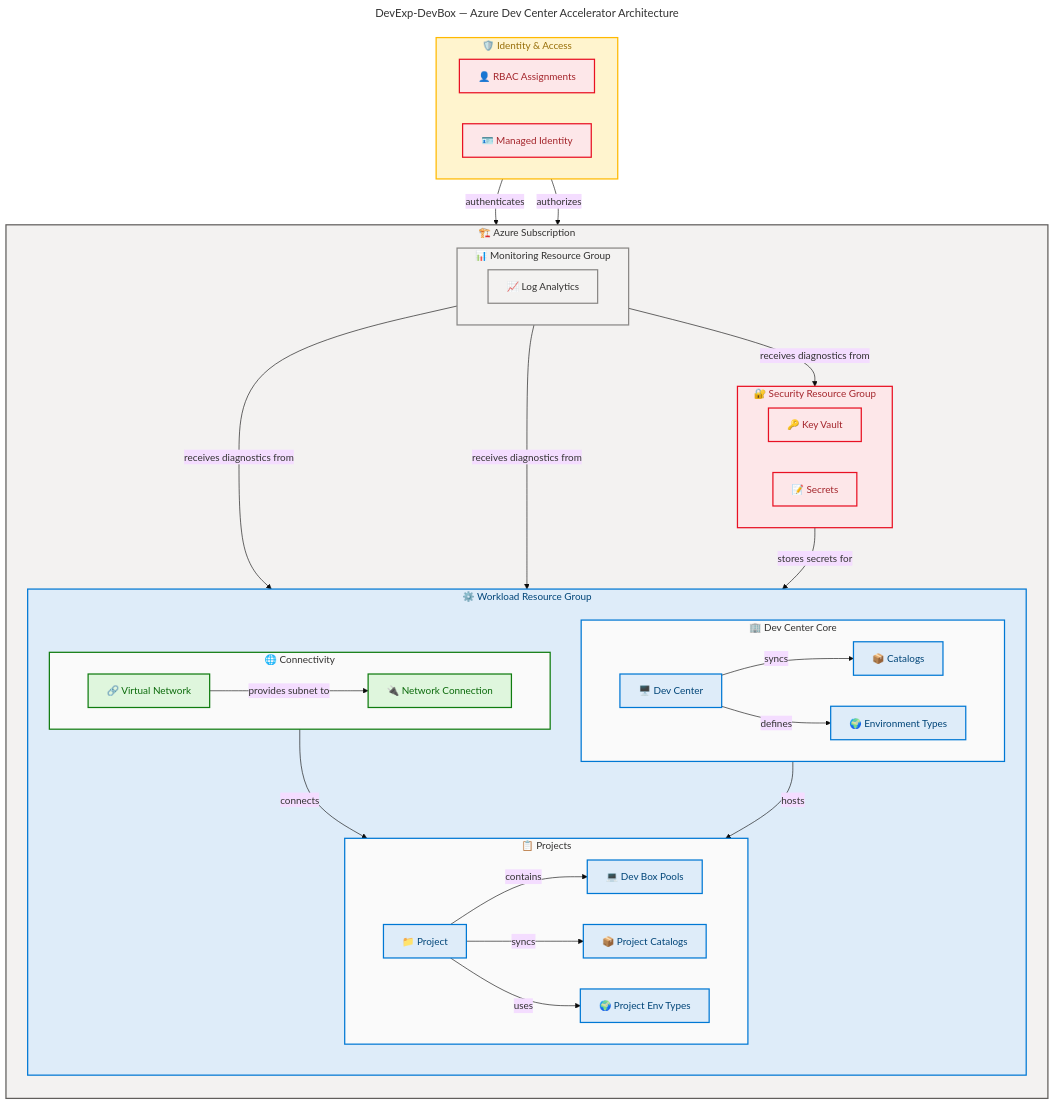
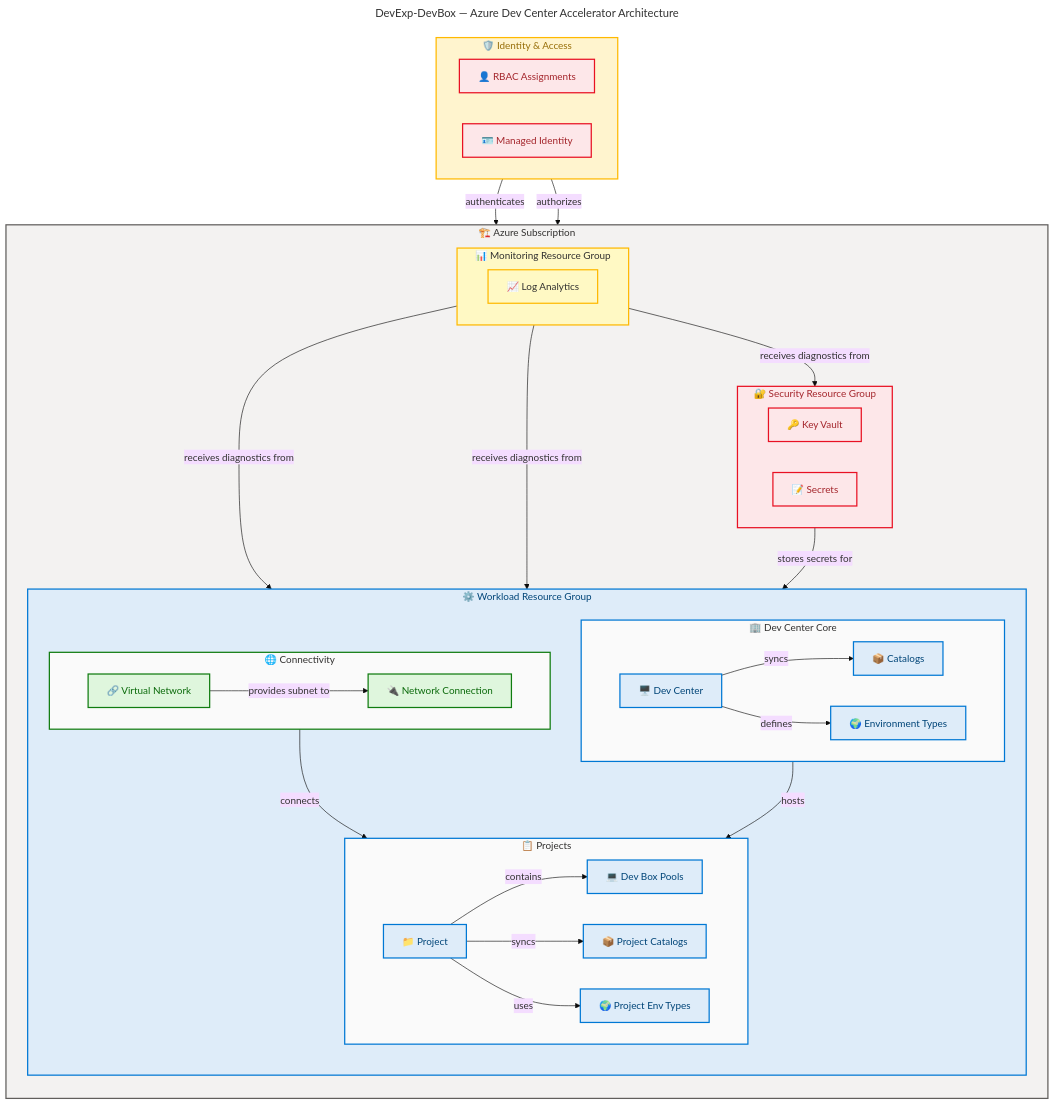
One commit to Evilazaro/DevExp-DevBox changed the diagram in README.md. Above: the diagram before and after it, drawn with Mermaid.

Commit message:
style: update flowchart colors for improved visibility and consistency

````diff
--- a/README.md
+++ b/README.md
@@ -84,10 +84,10 @@
     %% PHASE 5 - STANDARD: Governance block present, classDefs centralized
     %% ═══════════════════════════════════════════════════════════════════════════
     %% SEMANTIC COLOR LEGEND:
-    %%   core     (#DEECF9) — Dev Center & project resources
-    %%   security (#FDE7E9) — Key Vault, secrets, RBAC, identity
-    %%   monitoring (#F3F2F1) — Log Analytics, diagnostics
-    %%   network  (#DFF6DD) — VNet, network connections
+    %%   core       (#DEECF9) — Dev Center & project resources
+    %%   security   (#FDE7E9) — Key Vault, secrets, RBAC, identity
+    %%   monitoring (#FFF9C4) — Log Analytics, diagnostics
+    %%   network    (#DFF6DD) — VNet, network connections
     %% ═══════════════════════════════════════════════════════════════════════════
 
     subgraph platform["🏗️ Azure Subscription"]
@@ -156,7 +156,7 @@
     %% ============================================
     style platform fill:#F3F2F1,stroke:#605E5C,stroke-width:2px,color:#323130
     style securityRG fill:#FDE7E9,stroke:#E81123,stroke-width:2px,color:#A4262C
-    style monitoringRG fill:#F3F2F1,stroke:#8A8886,stroke-width:2px,color:#323130
+    style monitoringRG fill:#FFF9C4,stroke:#FFB900,stroke-width:2px,color:#323130
     style workloadRG fill:#DEECF9,stroke:#0078D4,stroke-width:2px,color:#004578
     style core fill:#FAFAFA,stroke:#0078D4,stroke-width:2px,color:#323130
     style projects fill:#FAFAFA,stroke:#0078D4,stroke-width:2px,color:#323130
@@ -166,6 +166,6 @@
     %% classDef declarations (centralized, 4 semantic classes ≤ 5 max)
     classDef core fill:#DEECF9,stroke:#0078D4,stroke-width:2px,color:#004578
     classDef security fill:#FDE7E9,stroke:#E81123,stroke-width:2px,color:#A4262C
-    classDef monitoring fill:#F3F2F1,stroke:#8A8886,stroke-width:2px,color:#323130
+    classDef monitoring fill:#FFF9C4,stroke:#FFB900,stroke-width:2px,color:#323130
     classDef network fill:#DFF6DD,stroke:#107C10,stroke-width:2px,color:#0B6A0B
 ```
````
